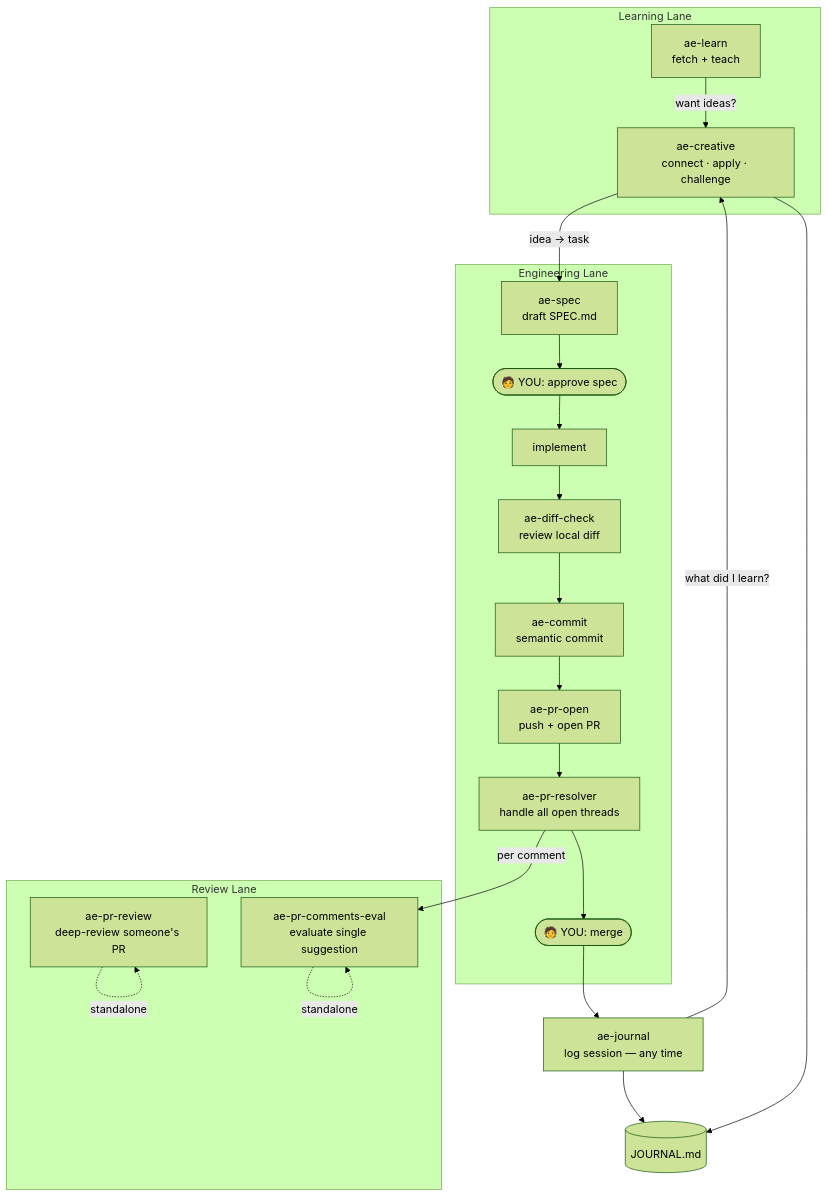
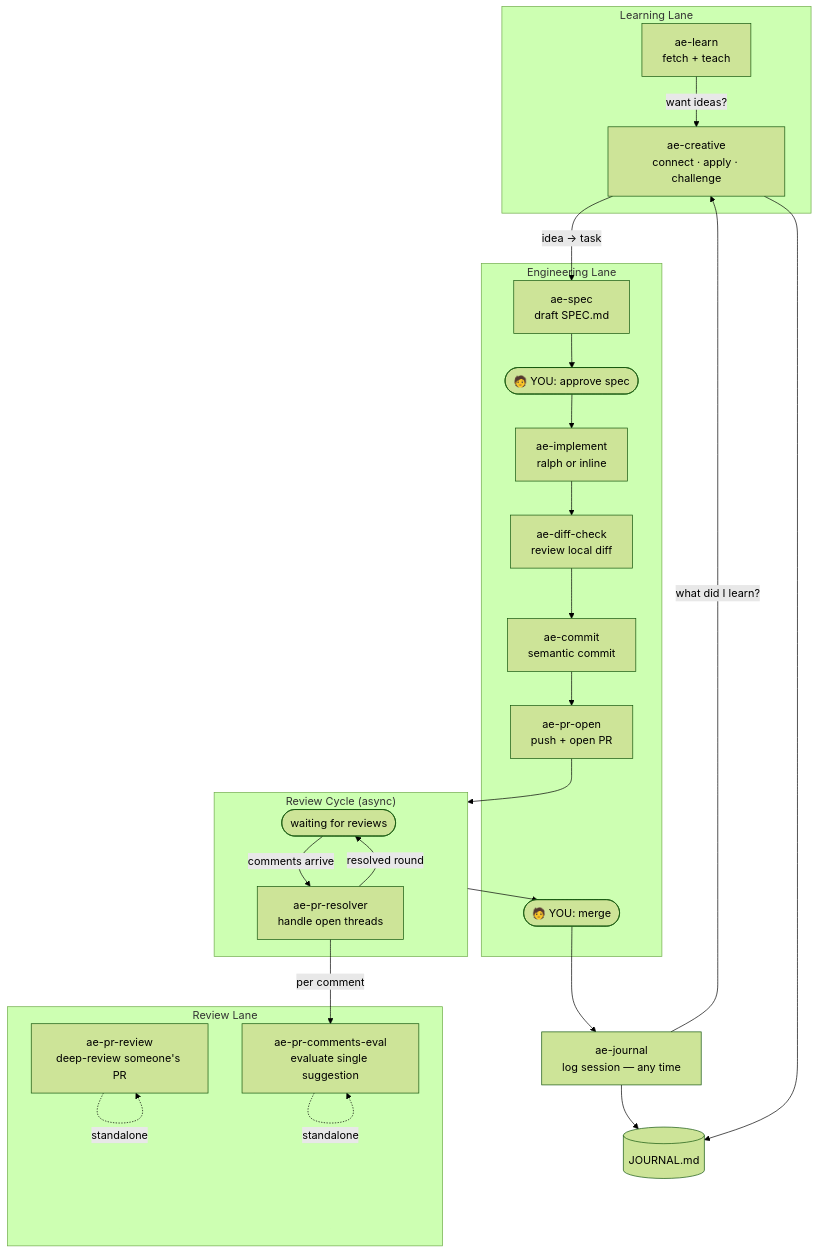
Before and after one commit to crespocarlos/el-capitan: the diagram in README.md, drawn with Mermaid (forest theme). The commit also changed other lines of this file and 4 other files, not shown here.

First line of the commit message:
feat(el-capitan): add ae-implement skill, fix pipeline review cycle, harden ae-spec

````diff
--- a/README.md
+++ b/README.md
@@ -9,39 +9,45 @@
 ```mermaid
 flowchart TD
     subgraph learning ["Learning Lane"]
         learn["ae-learn\nfetch + teach"]
         creative["ae-creative\nconnect · apply · challenge"]
         learn -->|"want ideas?"| creative
     end
 
     subgraph engineering ["Engineering Lane"]
         spec["ae-spec\ndraft SPEC.md"]
         approve(["🧑 YOU: approve spec"])
-        implement["implement"]
+        implement["ae-implement\nralph or inline"]
         diffcheck["ae-diff-check\nreview local diff"]
         commit["ae-commit\nsemantic commit"]
         propen["ae-pr-open\npush + open PR"]
-        resolver["ae-pr-resolver\nhandle all open threads"]
         merge(["🧑 YOU: merge"])
+    end
+
+    subgraph reviewCycle ["Review Cycle (async)"]
+        waiting(["waiting for reviews"])
+        resolver["ae-pr-resolver\nhandle open threads"]
+        waiting -->|"comments arrive"| resolver
+        resolver -->|"resolved round"| waiting
     end
 
     subgraph review ["Review Lane"]
         prreview["ae-pr-review\ndeep-review someone's PR"]
         eval["ae-pr-comments-eval\nevaluate single suggestion"]
     end
 
     journal["ae-journal\nlog session — any time"]
     journalmd[("JOURNAL.md")]
 
     creative -->|"idea → task"| spec
-    spec --> approve --> implement --> diffcheck --> commit --> propen --> resolver --> merge
+    spec --> approve --> implement --> diffcheck --> commit --> propen --> reviewCycle --> merge
 
     prreview -.->|"standalone"| prreview
     eval -.->|"standalone"| eval
     resolver -->|"per comment"| eval
 
     merge --> journal
     journal --> journalmd
     creative --> journalmd
     journal -->|"what did I learn?"| creative
 ```
````
